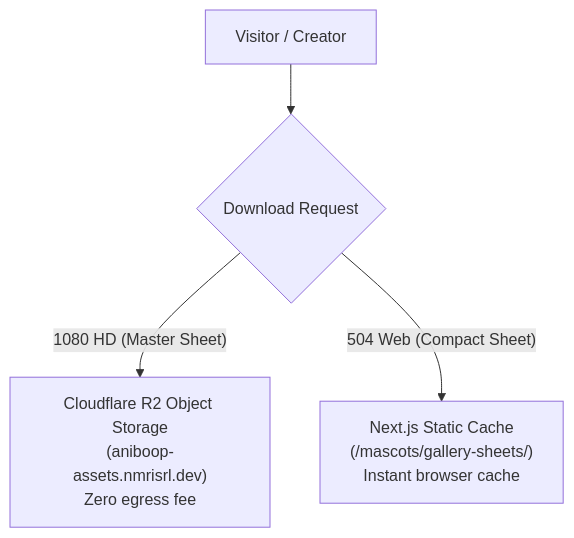
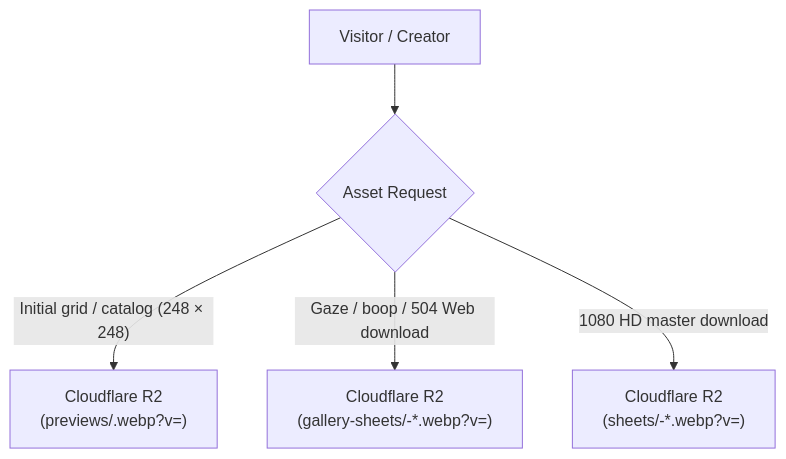
Before and after one commit to nmrisrl11/aniboop: the diagram in docs/R2_STORAGE.md, drawn with Mermaid. The commit also changed other lines of this file and 23 other files, not shown here.

First line of the commit message:
feat(assets): serve all mascot tiers from Cloudflare R2 with versioned URLs

````diff
--- a/docs/R2_STORAGE.md
+++ b/docs/R2_STORAGE.md
@@ -11,6 +11,7 @@
 ```mermaid
 flowchart TD
-    User["Visitor / Creator"] --> Action{"Download Request"}
-    Action -->|"1080 HD (Master Sheet)"| R2["Cloudflare R2 Object Storage<br>(aniboop-assets.nmrisrl.dev)<br>Zero egress fee"]
-    Action -->|"504 Web (Compact Sheet)"| Local["Next.js Static Cache<br>(/mascots/gallery-sheets/)<br>Instant browser cache"]
+    User["Visitor / Creator"] --> Request{"Asset Request"}
+    Request -->|"Initial grid / catalog (248 × 248)"| Previews["Cloudflare R2<br>(previews/<id>.webp?v=<hash>)"]
+    Request -->|"Gaze / boop / 504 Web download"| Compact["Cloudflare R2<br>(gallery-sheets/<id>-*.webp?v=<hash>)"]
+    Request -->|"1080 HD master download"| Master["Cloudflare R2<br>(sheets/<id>-*.webp?v=<hash>)"]
 ```
````
